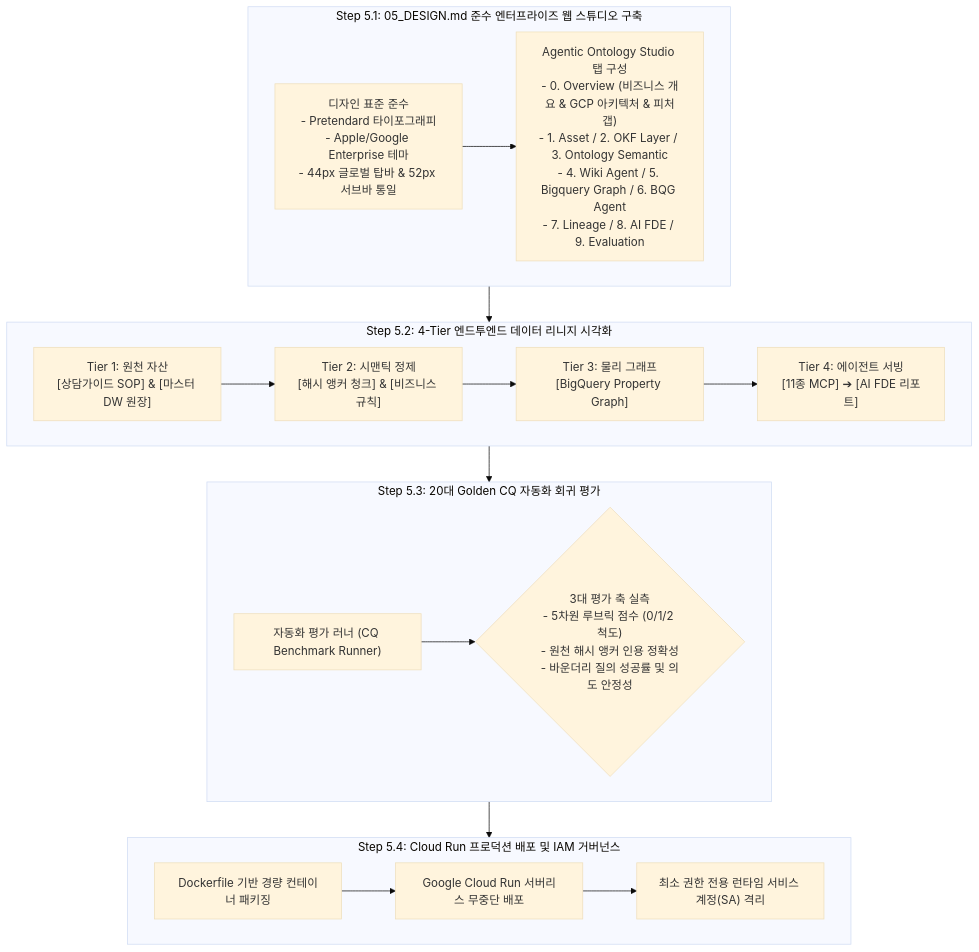
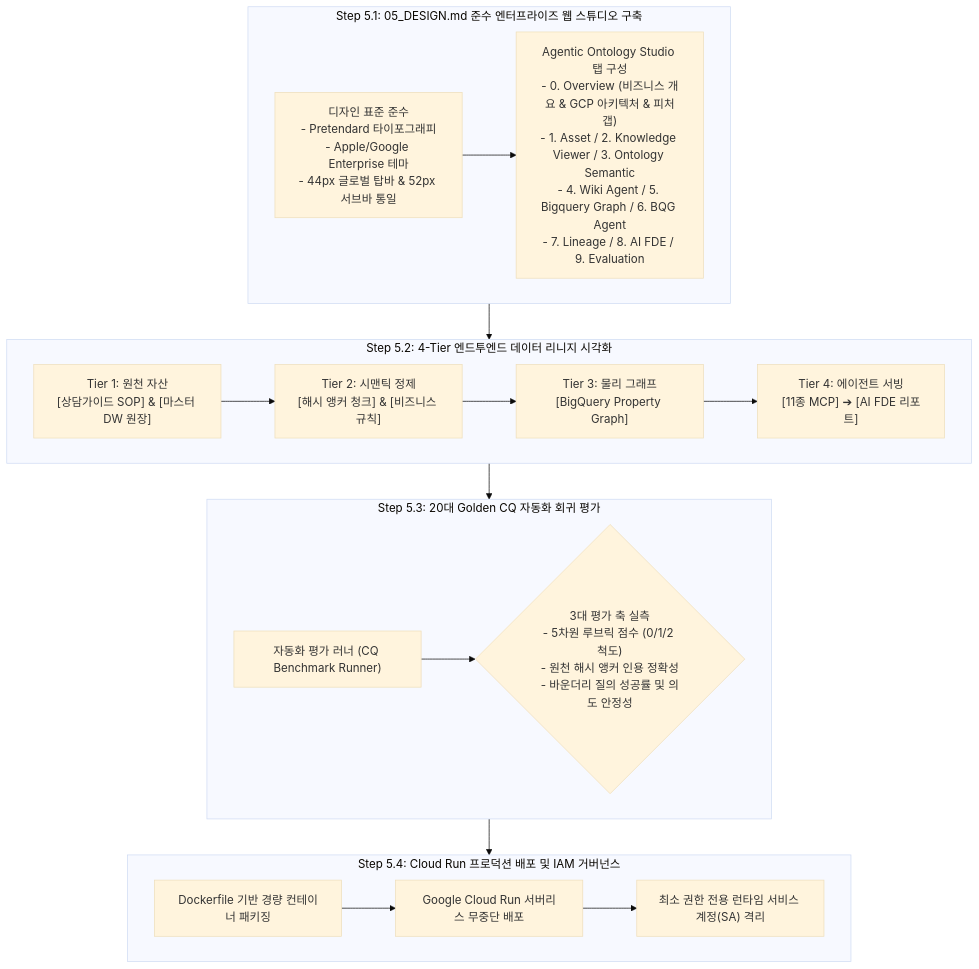
The diagram in methodology/05_enterprise_studio_and_deployment_ko.md (seanjungG/agentic-ontology-starter), drawn with Mermaid (base theme) before and after one commit. The commit also changed other lines of this file and 36 other files, not shown here.

Commit message:
feat(studio): apply Uplus Ontology Light Enterprise design parity and v2.0 6-Tab/8-MCP/Dual-Graph architecture

````diff
--- a/methodology/05_enterprise_studio_and_deployment_ko.md
+++ b/methodology/05_enterprise_studio_and_deployment_ko.md
@@ -14,31 +14,31 @@
 ```mermaid
 flowchart TD
     subgraph Step1 ["Step 5.1: 05_DESIGN.md 준수 엔터프라이즈 웹 스튜디오 구축"]
         DesignToken["디자인 표준 준수<br/>- Pretendard 타이포그래피<br/>- Apple/Google Enterprise 테마<br/>- 44px 글로벌 탑바 & 52px 서브바 통일"]
-        Studios["Agentic Ontology Studio 탭 구성<br/>- 0. Overview (비즈니스 개요 & GCP 아키텍처 & 피처갭)<br/>- 1. Asset / 2. OKF Layer / 3. Ontology Semantic<br/>- 4. Wiki Agent / 5. Bigquery Graph / 6. BQG Agent<br/>- 7. Lineage / 8. AI FDE / 9. Evaluation"]
+        Studios["Agentic Ontology Studio 탭 구성<br/>- 0. Overview (비즈니스 개요 & GCP 아키텍처 & 피처갭)<br/>- 1. Asset / 2. Knowledge Viewer / 3. Ontology Semantic<br/>- 4. Wiki Agent / 5. Bigquery Graph / 6. BQG Agent<br/>- 7. Lineage / 8. AI FDE / 9. Evaluation"]
         DesignToken --> Studios
     end
 
     subgraph Step2 ["Step 5.2: 4-Tier 엔드투엔드 데이터 리니지 시각화"]
         T1["Tier 1: 원천 자산<br/>[상담가이드 SOP] & [마스터 DW 원장]"]
         T2["Tier 2: 시맨틱 정제<br/>[해시 앵커 청크] & [비즈니스 규칙]"]
         T3["Tier 3: 물리 그래프<br/>[BigQuery Property Graph]"]
         T4["Tier 4: 에이전트 서빙<br/>[11종 MCP] ➔ [AI FDE 리포트]"]
         T1 --> T2 --> T3 --> T4
     end
 
     subgraph Step3 ["Step 5.3: 20대 Golden CQ 자동화 회귀 평가"]
         EvalEngine["자동화 평가 러너 (CQ Benchmark Runner)"]
         Metrics{"3대 평가 축 실측<br/>- 5차원 루브릭 점수 (0/1/2 척도)<br/>- 원천 해시 앵커 인용 정확성<br/>- 바운더리 질의 성공률 및 의도 안정성"}
         EvalEngine --> Metrics
     end
 
     subgraph Step4 ["Step 5.4: Cloud Run 프로덕션 배포 및 IAM 거버넌스"]
         Container["Dockerfile 기반 경량 컨테이너 패키징"]
         CloudRun["Google Cloud Run 서버리스 무중단 배포"]
         IAM_Check["최소 권한 전용 런타임 서비스 계정(SA) 격리"]
         Container --> CloudRun --> IAM_Check
     end
 
     Step1 --> Step2 --> Step3 --> Step4
 ```
````
